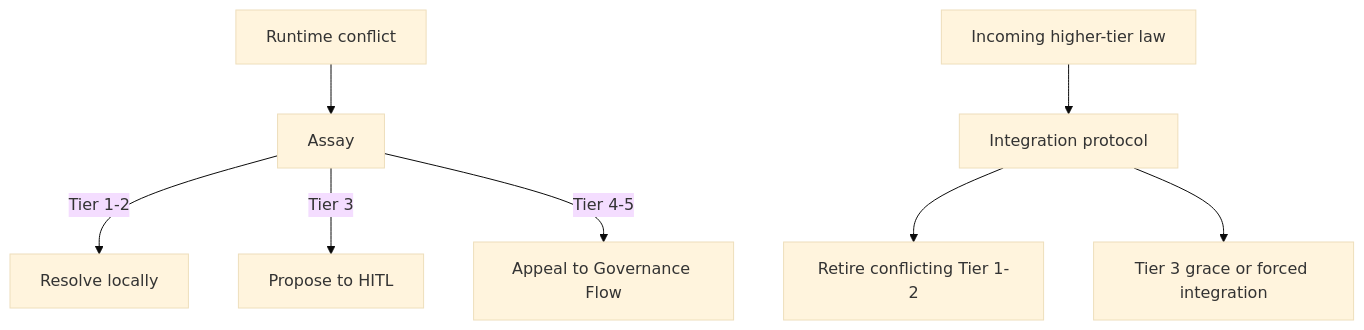
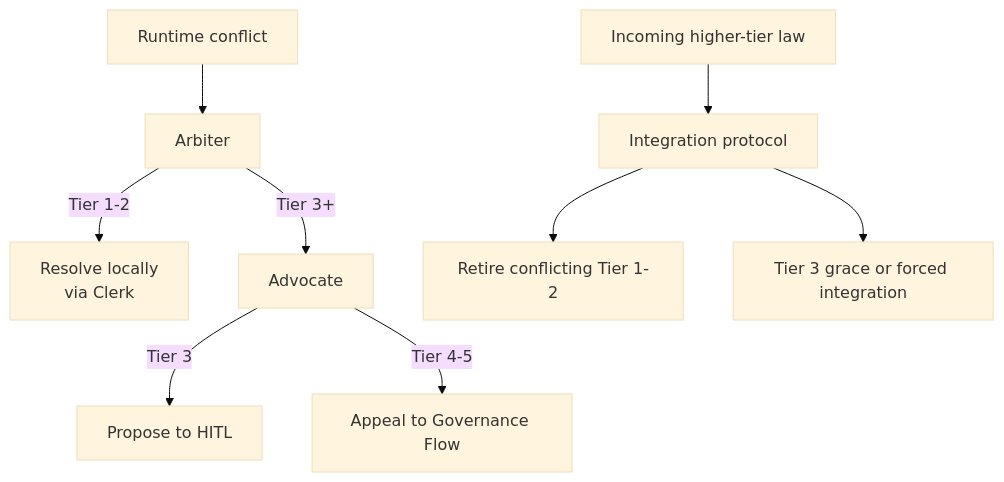
One commit to really-knows-ai/gideas changed the third of 3 diagrams in specs/02-flow/06-cross-flow.md. Above: the diagram before and after it, drawn with Mermaid (base theme). The commit also changed other lines of this file and 34 other files, not shown here.

First line of the commit message:
refactor: decompose Assay into Judiciary subsystem (Arbiter, Tribunal, Advocate, Jury, Clerk)

````diff
--- a/specs/02-flow/06-cross-flow.md
+++ b/specs/02-flow/06-cross-flow.md
@@ -176,11 +176,12 @@
 ```mermaid
 flowchart TD
-    RT["Runtime conflict"] --> AS["Assay"]
-    AS -->|"Tier 1-2"| RS["Resolve locally"]
-    AS -->|"Tier 3"| PR["Propose to HITL"]
-    AS -->|"Tier 4-5"| AP["Appeal to Governance Flow"]
+    RT["Runtime conflict"] --> ARB["Arbiter"]
+    ARB -->|"Tier 1-2"| RS["Resolve locally<br/>via Clerk"]
+    ARB -->|"Tier 3+"| ADV["Advocate"]
+    ADV -->|"Tier 3"| PR["Propose to HITL"]
+    ADV -->|"Tier 4-5"| AP["Appeal to Governance Flow"]
 
     LI["Incoming higher-tier law"] --> IP["Integration protocol"]
     IP --> T12["Retire conflicting Tier 1-2"]
     IP --> T3["Tier 3 grace or forced integration"]
 ```
````
